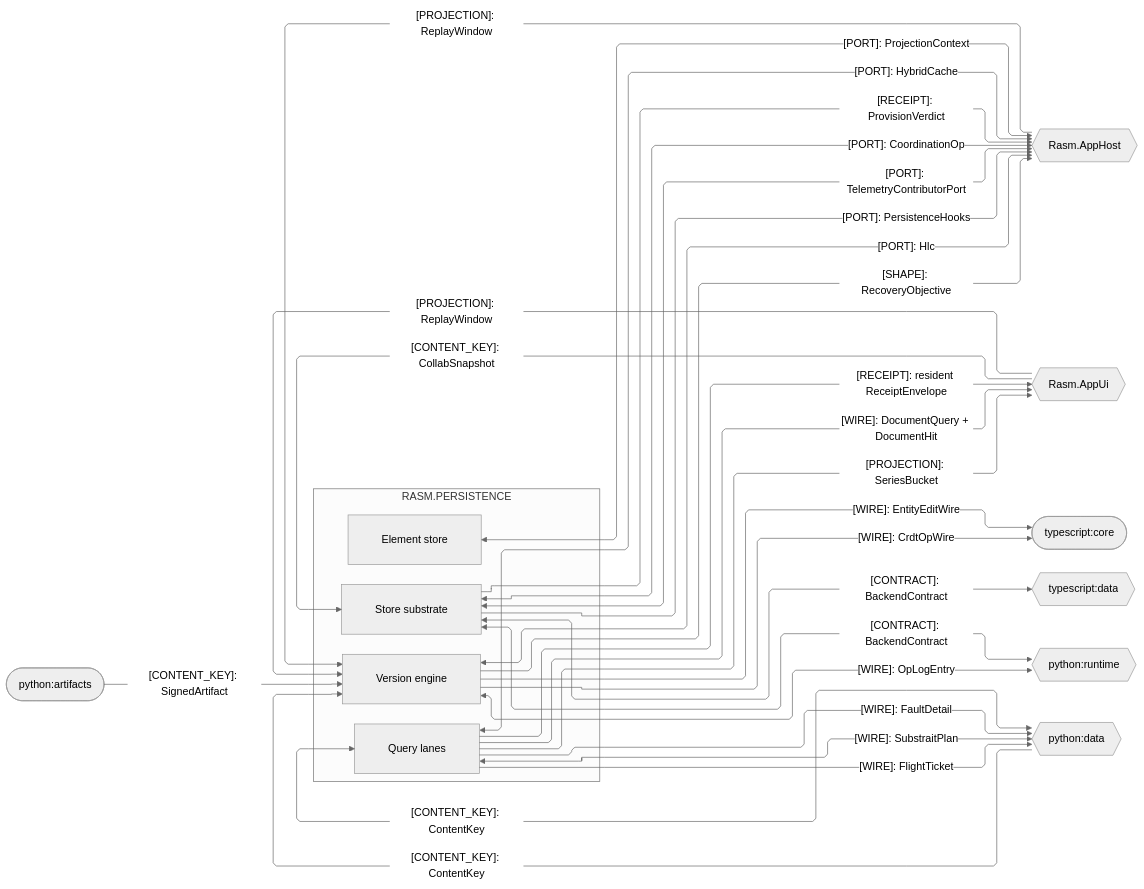
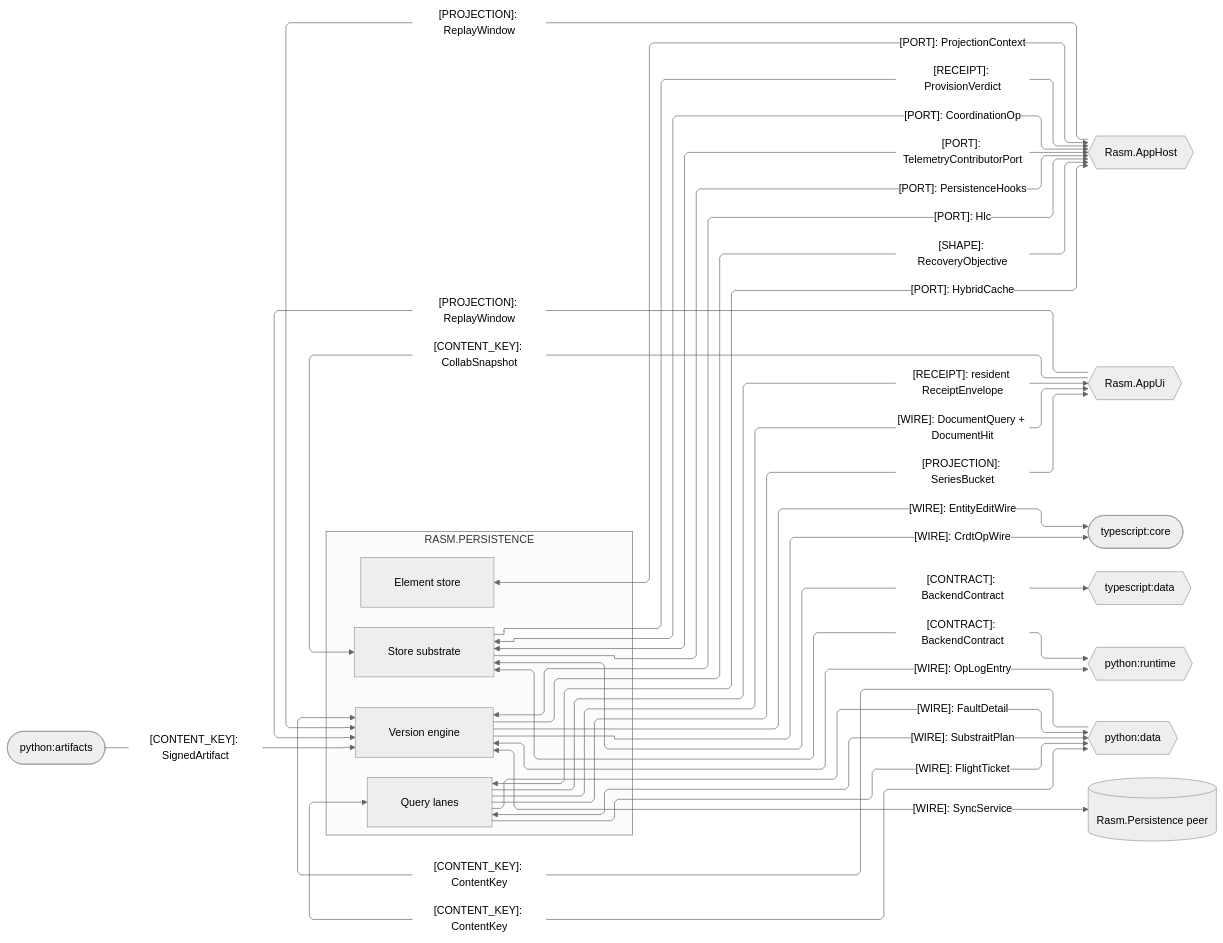
Before and after one commit to bsamiee/Rasm: the third of 4 diagrams in libs/dotnet/Rasm.Persistence/ARCHITECTURE.md, drawn with Mermaid (neutral theme). The commit also changed other lines of this file and 167 other files, not shown here.

````diff
--- a/libs/dotnet/Rasm.Persistence/ARCHITECTURE.md
+++ b/libs/dotnet/Rasm.Persistence/ARCHITECTURE.md
@@ -168,50 +168,52 @@
 ```mermaid
 ---
 config:
   layout: elk
   flowchart:
     curve: linear
     padding: 25
 ---
 flowchart LR
     accTitle: Persistence platform and cross-runtime seams
     accDescr: Which ports, wires, projections, and keys cross between Persistence's owners, the app platform, and the runtime peers.
     subgraph persistence[RASM.PERSISTENCE]
         Element[Element store]
         Version[Version engine]
         Query[Query lanes]
         Store[Store substrate]
     end
     AppHost{{Rasm.AppHost}}
     AppUi{{Rasm.AppUi}}
     Core([typescript:core])
     TsData{{typescript:data}}
     Runtime{{python:runtime}}
     Data{{python:data}}
     Artifacts([python:artifacts])
+    Peer[(Rasm.Persistence peer)]
     Version e2@-->|"[WIRE]: CrdtOpWire"| Core
     Version e3@<-->|"[WIRE]: OpLogEntry"| Runtime
     Artifacts e4@-->|"[CONTENT_KEY]: SignedArtifact"| Version
     Data e5@-->|"[CONTENT_KEY]: ContentKey"| Version
     Query e6@<-->|"[WIRE]: SubstraitPlan"| Data
     Query e7@-->|"[WIRE]: FlightTicket"| Data
     Data e8@<-->|"[CONTENT_KEY]: ContentKey"| Query
     Element e9@<-->|"[PORT]: ProjectionContext"| AppHost
     Version e10@<-->|"[PORT]: Hlc"| AppHost
     Version e25@-->|"[WIRE]: EntityEditWire"| Core
     Query e26@-->|"[WIRE]: FaultDetail"| Data
     Query e11@-->|"[WIRE]: DocumentQuery + DocumentHit"| AppUi
     Query e12@-->|"[PROJECTION]: SeriesBucket"| AppUi
     Version e13@-->|"[SHAPE]: RecoveryObjective"| AppHost
     AppHost e14@-->|"[PROJECTION]: ReplayWindow"| Version
     Query e15@<-->|"[PORT]: HybridCache"| AppHost
     Store e16@<-->|"[PORT]: CoordinationOp"| AppHost
     Store e17@<-->|"[PORT]: TelemetryContributorPort"| AppHost
     Store e18@-->|"[PORT]: PersistenceHooks"| AppHost
     Store e19@-->|"[RECEIPT]: ProvisionVerdict"| AppHost
     Store e20@<-->|"[CONTRACT]: BackendContract"| Runtime
     Store e21@<-->|"[CONTRACT]: BackendContract"| TsData
     AppUi e22@-->|"[PROJECTION]: ReplayWindow"| Version
     AppUi e23@-->|"[CONTENT_KEY]: CollabSnapshot"| Store
     Query e24@-->|"[RECEIPT]: resident ReceiptEnvelope"| AppUi
+    Version e27@<-->|"[WIRE]: SyncService"| Peer
 ```
````
